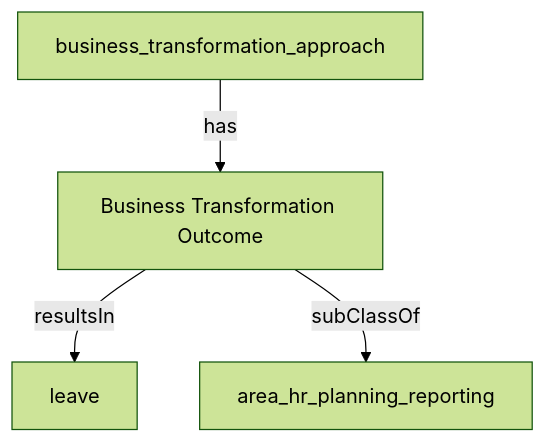
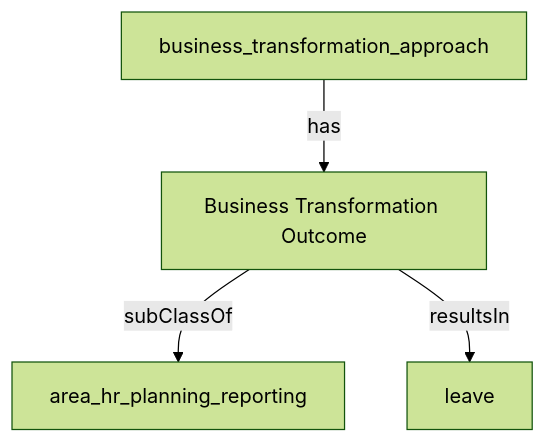
One commit to heidingaway/heidi2 changed the diagram in content/hr_data_model/business_transformation_outcome.md. Above: the diagram before and after it, drawn with Mermaid (forest theme). The commit also changed other lines of this file and 350 other files, not shown here.

````diff
--- a/content/hr_data_model/business_transformation_outcome.md
+++ b/content/hr_data_model/business_transformation_outcome.md
@@ -21,10 +22,10 @@
 ```mermaid
 graph TD
   Business_Transformation_Outcome["Business Transformation Outcome"]:::current-page-node
   area_hr_planning_reporting["area_hr_planning_reporting"]
   leave["leave"]
   business_transformation_approach["business_transformation_approach"]
+  Business_Transformation_Outcome-->|" subClassOf "|area_hr_planning_reporting
   Business_Transformation_Outcome-->|" resultsIn "|leave
-  Business_Transformation_Outcome-->|" subClassOf "|area_hr_planning_reporting
   business_transformation_approach-->|" has "|Business_Transformation_Outcome
 ```
````
